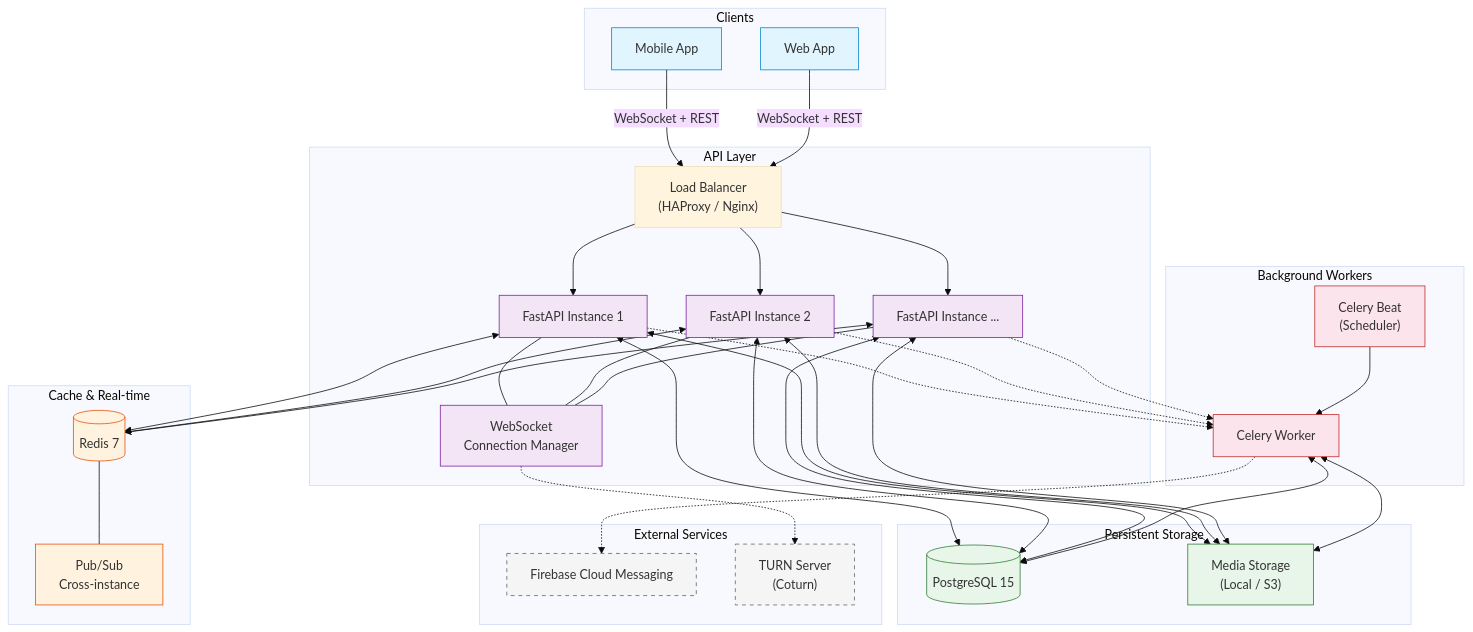
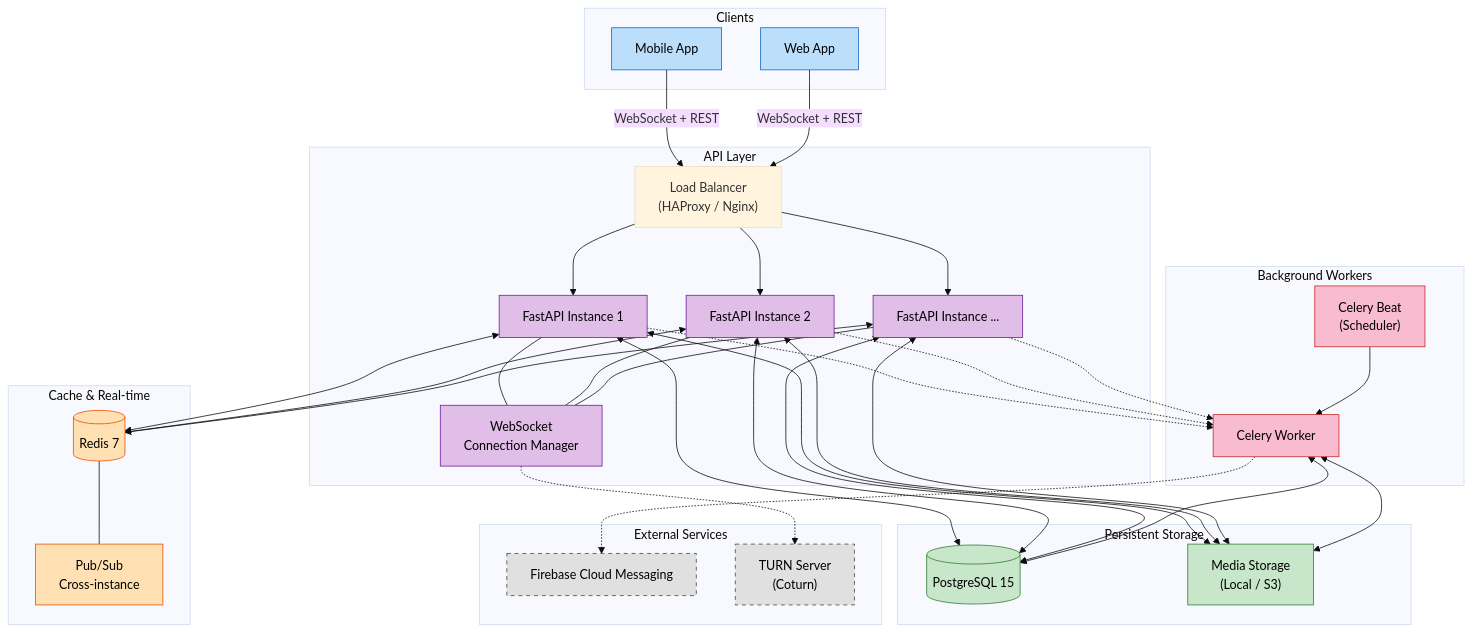
The diagram in README.md (eddgachi/flux-chat-fastapi-backend), drawn with Mermaid (base theme) before and after one commit.

Commit message:
style: update flowchart color scheme for improved visibility

````diff
--- a/README.md
+++ b/README.md
@@ -91,64 +91,64 @@
 ```mermaid
 flowchart TB
     subgraph Clients["Clients"]
         C1[Mobile App]
         C2[Web App]
     end
 
     subgraph API["API Layer"]
         LB["Load Balancer<br/>(HAProxy / Nginx)"]
         FA1["FastAPI Instance 1"]
         FA2["FastAPI Instance 2"]
         FA3["FastAPI Instance ..."]
         WS["WebSocket<br/>Connection Manager"]
     end
 
     subgraph Cache["Cache & Real-time"]
         R[(Redis 7)]
         RP["Pub/Sub<br/>Cross-instance"]
     end
 
     subgraph Storage["Persistent Storage"]
         PG[(PostgreSQL 15)]
         MEDIA["Media Storage<br/>(Local / S3)"]
     end
 
     subgraph Workers["Background Workers"]
         CEL["Celery Worker"]
         BEAT["Celery Beat<br/>(Scheduler)"]
     end
 
     subgraph External["External Services"]
         FCM["Firebase Cloud Messaging"]
         TURN["TURN Server<br/>(Coturn)"]
     end
 
     C1 -- "WebSocket + REST" --> LB
     C2 -- "WebSocket + REST" --> LB
     LB --> FA1 & FA2 & FA3
     FA1 & FA2 & FA3 --- WS
     FA1 & FA2 & FA3 <--> R
     R --- RP
     FA1 & FA2 & FA3 <--> PG
     FA1 & FA2 & FA3 <--> MEDIA
     FA1 & FA2 & FA3 -.-> CEL
     CEL <--> PG
     CEL <--> MEDIA
     BEAT --> CEL
     CEL -.-> FCM
     WS -.-> TURN
 
-    classDef client fill:#e1f5fe,stroke:#0288d1
-    classDef api fill:#f3e5f5,stroke:#7b1fa2
-    classDef cache fill:#fff3e0,stroke:#e65100
-    classDef storage fill:#e8f5e9,stroke:#2e7d32
-    classDef worker fill:#fce4ec,stroke:#c62828
-    classDef external fill:#f5f5f5,stroke:#616161,stroke-dasharray: 5 5
+    classDef client fill:#bbdefb,stroke:#1565c0,color:#000000
+    classDef api fill:#e1bee7,stroke:#6a1b9a,color:#000000
+    classDef cache fill:#ffe0b2,stroke:#e65100,color:#000000
+    classDef storage fill:#c8e6c9,stroke:#2e7d32,color:#000000
+    classDef worker fill:#f8bbd0,stroke:#c62828,color:#000000
+    classDef external fill:#e0e0e0,stroke:#424242,stroke-dasharray: 5 5,color:#000000
 
     class C1,C2 client
     class FA1,FA2,FA3,WS api
     class R,RP cache
     class PG,MEDIA storage
     class CEL,BEAT worker
     class FCM,TURN external
 ```
````
